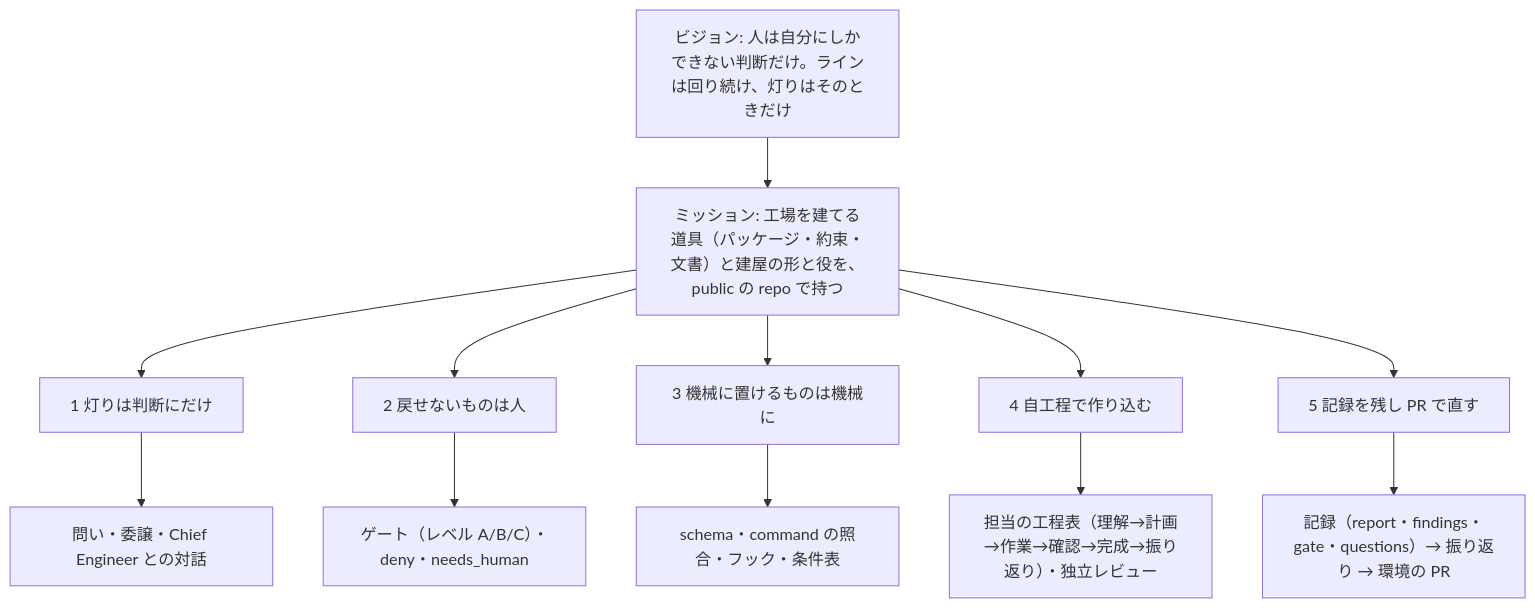
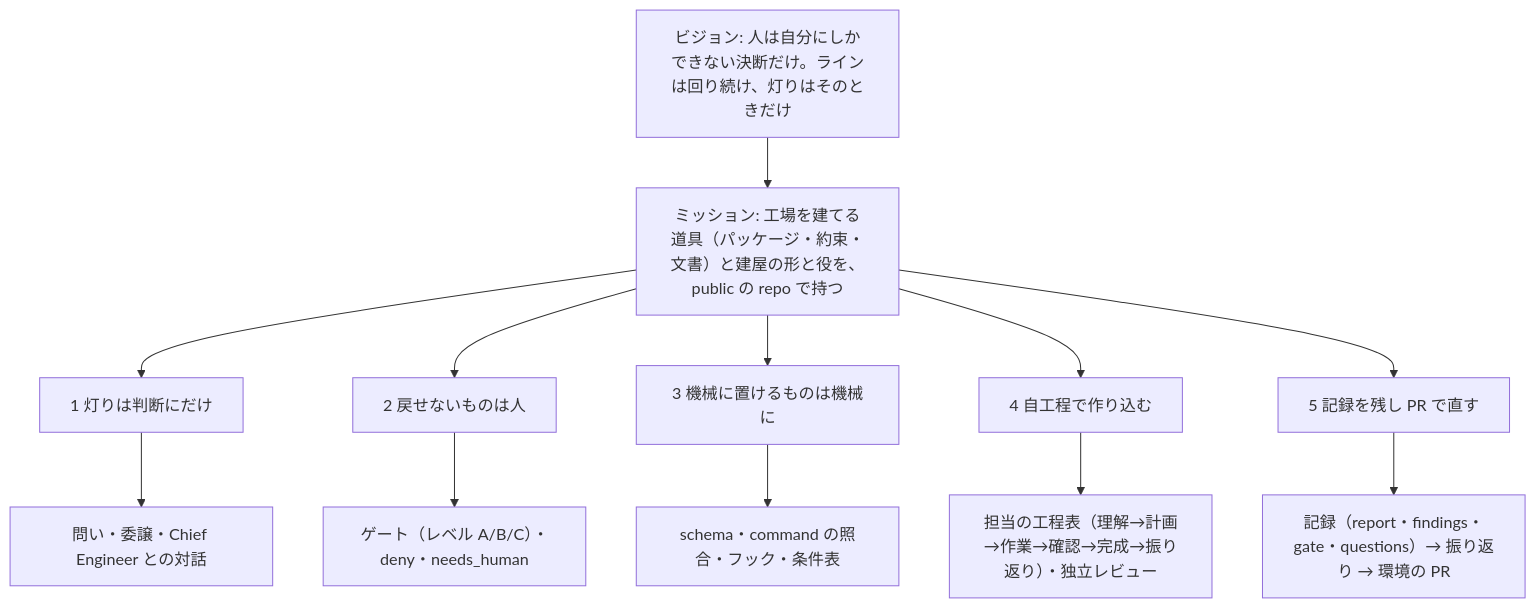
One commit to mitaku/andon changed the diagram in docs/vision.md. Above: the diagram before and after it, drawn with Mermaid. The commit also changed other lines of this file and 12 other files, not shown here.

````diff
--- a/docs/vision.md
+++ b/docs/vision.md
@@ -110,10 +110,10 @@
 ```mermaid
 flowchart TB
-  V["ビジョン: 人は自分にしかできない判断だけ。ラインは回り続け、灯りはそのときだけ"] --> M["ミッション: 工場を建てる道具（パッケージ・約束・文書）と建屋の形と役を、public の repo で持つ"]
+  V["ビジョン: 人は自分にしかできない決断だけ。ラインは回り続け、灯りはそのときだけ"] --> M["ミッション: 工場を建てる道具（パッケージ・約束・文書）と建屋の形と役を、public の repo で持つ"]
   M --> B1["1 灯りは判断にだけ"] & B2["2 戻せないものは人"] & B3["3 機械に置けるものは機械に"] & B4["4 自工程で作り込む"] & B5["5 記録を残し PR で直す"]
   B1 --> S1["問い・委譲・Chief Engineer との対話"]
   B2 --> S2["ゲート（レベル A/B/C）・deny・needs_human"]
   B3 --> S3["schema・command の照合・フック・条件表"]
   B4 --> S4["担当の工程表（理解→計画→作業→確認→完成→振り返り）・独立レビュー"]
   B5 --> S5["記録（report・findings・gate・questions）→ 振り返り → 環境の PR"]
 ```
````
